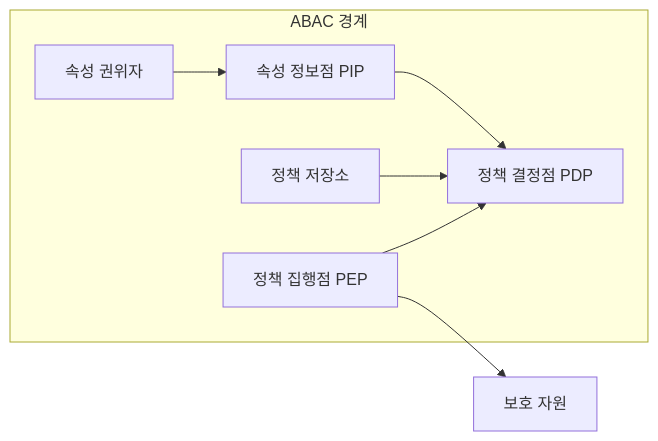
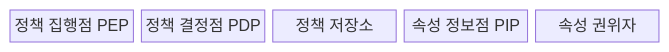
Before and after one commit to agnusdei1207/knowledge-base: the first of 2 diagrams in src/content/docs/notes/05-security/060_abac.md, drawn with Mermaid. The commit also changed other lines of this file and 11 other files, not shown here.

````diff
--- a/src/content/docs/notes/05-security/060_abac.md
+++ b/src/content/docs/notes/05-security/060_abac.md
@@ -58,10 +60,9 @@
 ```mermaid
-flowchart LR
-    subgraph ABAC[ABAC 경계]
-        A[정책 집행점 PEP] --> B[정책 결정점 PDP]
-        C[정책 저장소] --> B
-        D[속성 정보점 PIP] --> B
-        E[속성 권위자] --> D
-    end
-    A --> F[보호 자원]
+block-beta
+  columns 5
+  A["정책 집행점 PEP"]
+  B["정책 결정점 PDP"]
+  C["정책 저장소"]
+  D["속성 정보점 PIP"]
+  E["속성 권위자"]
 ```
````
